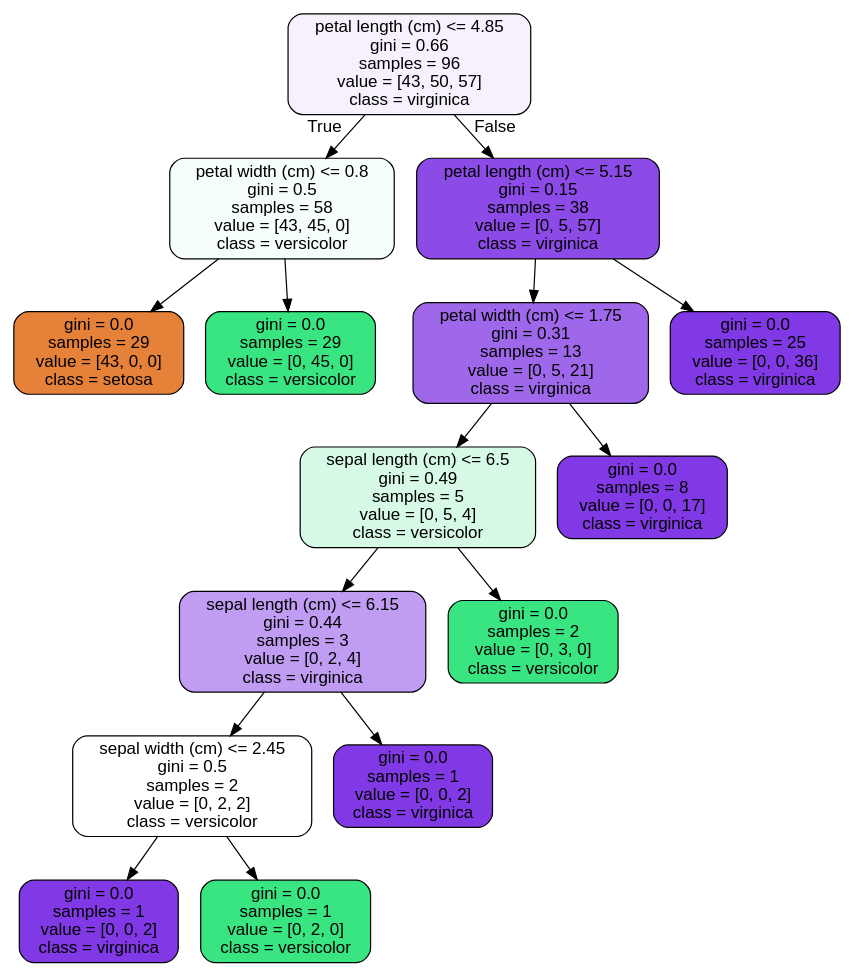
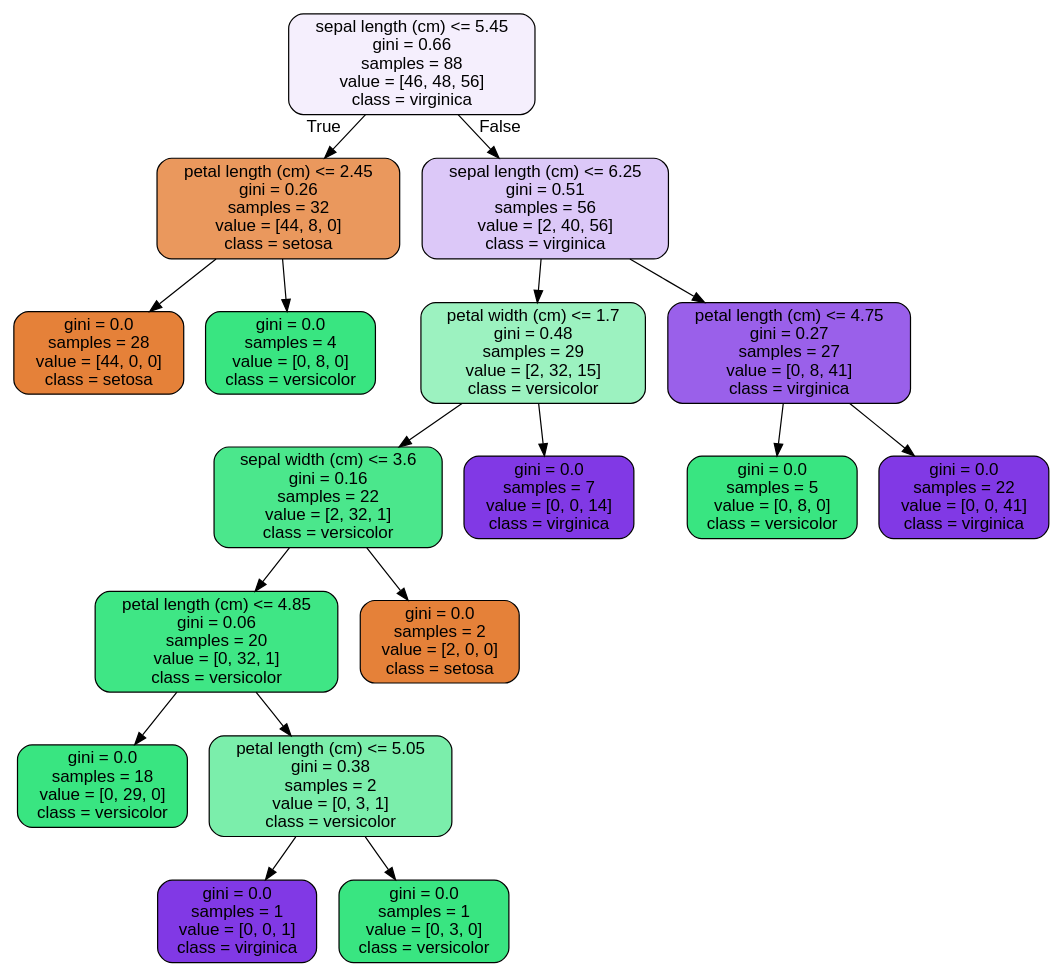
One commit to GabeGibitz/springboard changed the diagram in RandomForest Covid Case Study_06302020/tree.dot. Above: the diagram before and after it, drawn with Graphviz. The commit also changed 3 other files, not shown here.

```diff
--- a/RandomForest Covid Case Study_06302020/tree.dot
+++ b/RandomForest Covid Case Study_06302020/tree.dot
@@ -1,33 +1,37 @@
 digraph Tree {
 node [shape=box, style="filled, rounded", color="black", fontname=helvetica] ;
 edge [fontname=helvetica] ;
-0 [label="petal length (cm) <= 4.85\ngini = 0.66\nsamples = 96\nvalue = [43, 50, 57]\nclass = virginica", fillcolor="#f6f1fd"] ;
-1 [label="petal width (cm) <= 0.8\ngini = 0.5\nsamples = 58\nvalue = [43, 45, 0]\nclass = versicolor", fillcolor="#f6fef9"] ;
+0 [label="sepal length (cm) <= 5.45\ngini = 0.66\nsamples = 88\nvalue = [46, 48, 56]\nclass = virginica", fillcolor="#f5effd"] ;
+1 [label="petal length (cm) <= 2.45\ngini = 0.26\nsamples = 32\nvalue = [44, 8, 0]\nclass = setosa", fillcolor="#ea985d"] ;
 0 -> 1 [labeldistance=2.5, labelangle=45, headlabel="True"] ;
-2 [label="gini = 0.0\nsamples = 29\nvalue = [43, 0, 0]\nclass = setosa", fillcolor="#e58139"] ;
+2 [label="gini = 0.0\nsamples = 28\nvalue = [44, 0, 0]\nclass = setosa", fillcolor="#e58139"] ;
 1 -> 2 ;
-3 [label="gini = 0.0\nsamples = 29\nvalue = [0, 45, 0]\nclass = versicolor", fillcolor="#39e581"] ;
+3 [label="gini = 0.0\nsamples = 4\nvalue = [0, 8, 0]\nclass = versicolor", fillcolor="#39e581"] ;
 1 -> 3 ;
-4 [label="petal length (cm) <= 5.15\ngini = 0.15\nsamples = 38\nvalue = [0, 5, 57]\nclass = virginica", fillcolor="#8c4ae7"] ;
+4 [label="sepal length (cm) <= 6.25\ngini = 0.51\nsamples = 56\nvalue = [2, 40, 56]\nclass = virginica", fillcolor="#dcc8f8"] ;
 0 -> 4 [labeldistance=2.5, labelangle=-45, headlabel="False"] ;
-5 [label="petal width (cm) <= 1.75\ngini = 0.31\nsamples = 13\nvalue = [0, 5, 21]\nclass = virginica", fillcolor="#9f68eb"] ;
+5 [label="petal width (cm) <= 1.7\ngini = 0.48\nsamples = 29\nvalue = [2, 32, 15]\nclass = versicolor", fillcolor="#9cf2c0"] ;
 4 -> 5 ;
-6 [label="sepal length (cm) <= 6.5\ngini = 0.49\nsamples = 5\nvalue = [0, 5, 4]\nclass = versicolor", fillcolor="#d7fae6"] ;
+6 [label="sepal width (cm) <= 3.6\ngini = 0.16\nsamples = 22\nvalue = [2, 32, 1]\nclass = versicolor", fillcolor="#4be78c"] ;
 5 -> 6 ;
-7 [label="sepal length (cm) <= 6.15\ngini = 0.44\nsamples = 3\nvalue = [0, 2, 4]\nclass = virginica", fillcolor="#c09cf2"] ;
+7 [label="petal length (cm) <= 4.85\ngini = 0.06\nsamples = 20\nvalue = [0, 32, 1]\nclass = versicolor", fillcolor="#3fe685"] ;
 6 -> 7 ;
-8 [label="sepal width (cm) <= 2.45\ngini = 0.5\nsamples = 2\nvalue = [0, 2, 2]\nclass = versicolor", fillcolor="#ffffff"] ;
+8 [label="gini = 0.0\nsamples = 18\nvalue = [0, 29, 0]\nclass = versicolor", fillcolor="#39e581"] ;
 7 -> 8 ;
-9 [label="gini = 0.0\nsamples = 1\nvalue = [0, 0, 2]\nclass = virginica", fillcolor="#8139e5"] ;
-8 -> 9 ;
-10 [label="gini = 0.0\nsamples = 1\nvalue = [0, 2, 0]\nclass = versicolor", fillcolor="#39e581"] ;
-8 -> 10 ;
-11 [label="gini = 0.0\nsamples = 1\nvalue = [0, 0, 2]\nclass = virginica", fillcolor="#8139e5"] ;
-7 -> 11 ;
-12 [label="gini = 0.0\nsamples = 2\nvalue = [0, 3, 0]\nclass = versicolor", fillcolor="#39e581"] ;
+9 [label="petal length (cm) <= 5.05\ngini = 0.38\nsamples = 2\nvalue = [0, 3, 1]\nclass = versicolor", fillcolor="#7beeab"] ;
+7 -> 9 ;
+10 [label="gini = 0.0\nsamples = 1\nvalue = [0, 0, 1]\nclass = virginica", fillcolor="#8139e5"] ;
+9 -> 10 ;
+11 [label="gini = 0.0\nsamples = 1\nvalue = [0, 3, 0]\nclass = versicolor", fillcolor="#39e581"] ;
+9 -> 11 ;
+12 [label="gini = 0.0\nsamples = 2\nvalue = [2, 0, 0]\nclass = setosa", fillcolor="#e58139"] ;
 6 -> 12 ;
-13 [label="gini = 0.0\nsamples = 8\nvalue = [0, 0, 17]\nclass = virginica", fillcolor="#8139e5"] ;
+13 [label="gini = 0.0\nsamples = 7\nvalue = [0, 0, 14]\nclass = virginica", fillcolor="#8139e5"] ;
 5 -> 13 ;
-14 [label="gini = 0.0\nsamples = 25\nvalue = [0, 0, 36]\nclass = virginica", fillcolor="#8139e5"] ;
+14 [label="petal length (cm) <= 4.75\ngini = 0.27\nsamples = 27\nvalue = [0, 8, 41]\nclass = virginica", fillcolor="#9a60ea"] ;
 4 -> 14 ;
+15 [label="gini = 0.0\nsamples = 5\nvalue = [0, 8, 0]\nclass = versicolor", fillcolor="#39e581"] ;
+14 -> 15 ;
+16 [label="gini = 0.0\nsamples = 22\nvalue = [0, 0, 41]\nclass = virginica", fillcolor="#8139e5"] ;
+14 -> 16 ;
 }
```
